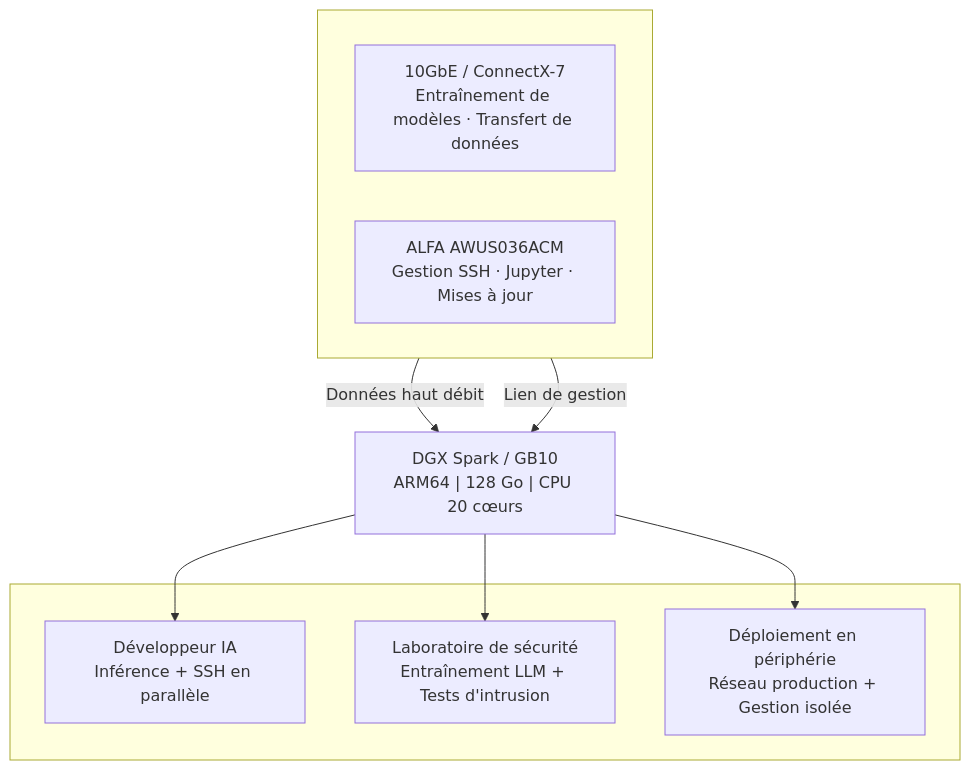
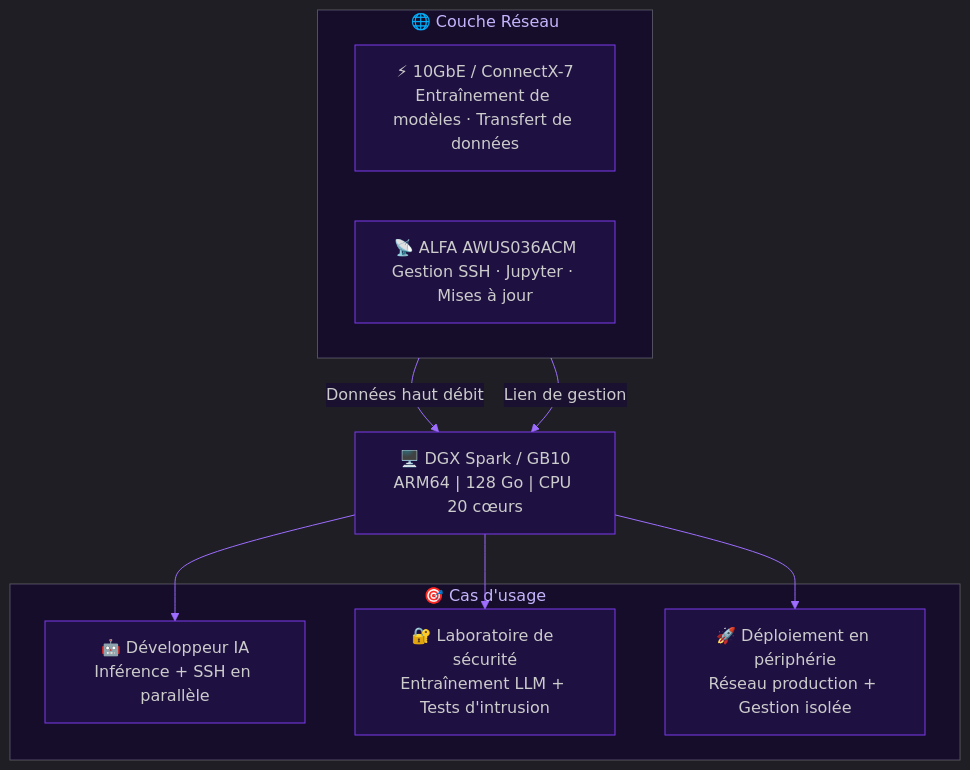
One commit to yopitek/yupitek_official_web changed the diagram in content/fr/blog/dgx-spark-gb10-wifi-alfa-usb-fix/_index.md. Above: the diagram before and after it, drawn with Mermaid. The commit also changed 9 other files, not shown here.

First line of the commit message:
style: upgrade mermaid diagram to cyber purple theme (all 10 languages)

````diff
--- a/content/fr/blog/dgx-spark-gb10-wifi-alfa-usb-fix/_index.md
+++ b/content/fr/blog/dgx-spark-gb10-wifi-alfa-usb-fix/_index.md
@@ -217,22 +217,23 @@
 ```mermaid
+%%{init:{"theme":"dark","themeVariables":{"primaryColor":"#2d1f4e","primaryTextColor":"#e2d9f3","primaryBorderColor":"#7c3aed","lineColor":"#9d6dff","secondaryColor":"#1a1030","tertiaryColor":"#0e0818","background":"#0e0818","mainBkg":"#1e1040","nodeBorder":"#7c3aed","clusterBkg":"#150d2a","titleColor":"#c4b5fd","edgeLabelBackground":"#1a1030","attributeBackgroundColorEven":"#1e1040","attributeBackgroundColorOdd":"#150d2a"}}}%%
 flowchart TD
-    subgraph Réseau[" "]
+    subgraph sub1["🌐 Couche Réseau"]
         direction LR
-        A["10GbE / ConnectX-7<br/>Entraînement de modèles · Transfert de données"]
-        B["ALFA AWUS036ACM<br/>Gestion SSH · Jupyter · Mises à jour"]
+        A["⚡ 10GbE / ConnectX-7<br/>Entraînement de modèles · Transfert de données"]
+        B["📡 ALFA AWUS036ACM<br/>Gestion SSH · Jupyter · Mises à jour"]
     end
 
-    C["DGX Spark / GB10<br/>ARM64 | 128 Go | CPU 20 cœurs"]
+    C["🖥️ DGX Spark / GB10<br/>ARM64 | 128 Go | CPU 20 cœurs"]
 
-    subgraph Cas d'usage[" "]
-        D["Développeur IA<br/>Inférence + SSH en parallèle"]
-        E["Laboratoire de sécurité<br/>Entraînement LLM + Tests d'intrusion"]
-        F["Déploiement en périphérie<br/>Réseau production + Gestion isolée"]
+    subgraph sub2["🎯 Cas d'usage"]
+        D["🤖 Développeur IA<br/>Inférence + SSH en parallèle"]
+        E["🔐 Laboratoire de sécurité<br/>Entraînement LLM + Tests d'intrusion"]
+        F["🚀 Déploiement en périphérie<br/>Réseau production + Gestion isolée"]
     end
 
     A -->|Données haut débit| C
     B -->|Lien de gestion| C
     C --> D
     C --> E
     C --> F
 ```
````
